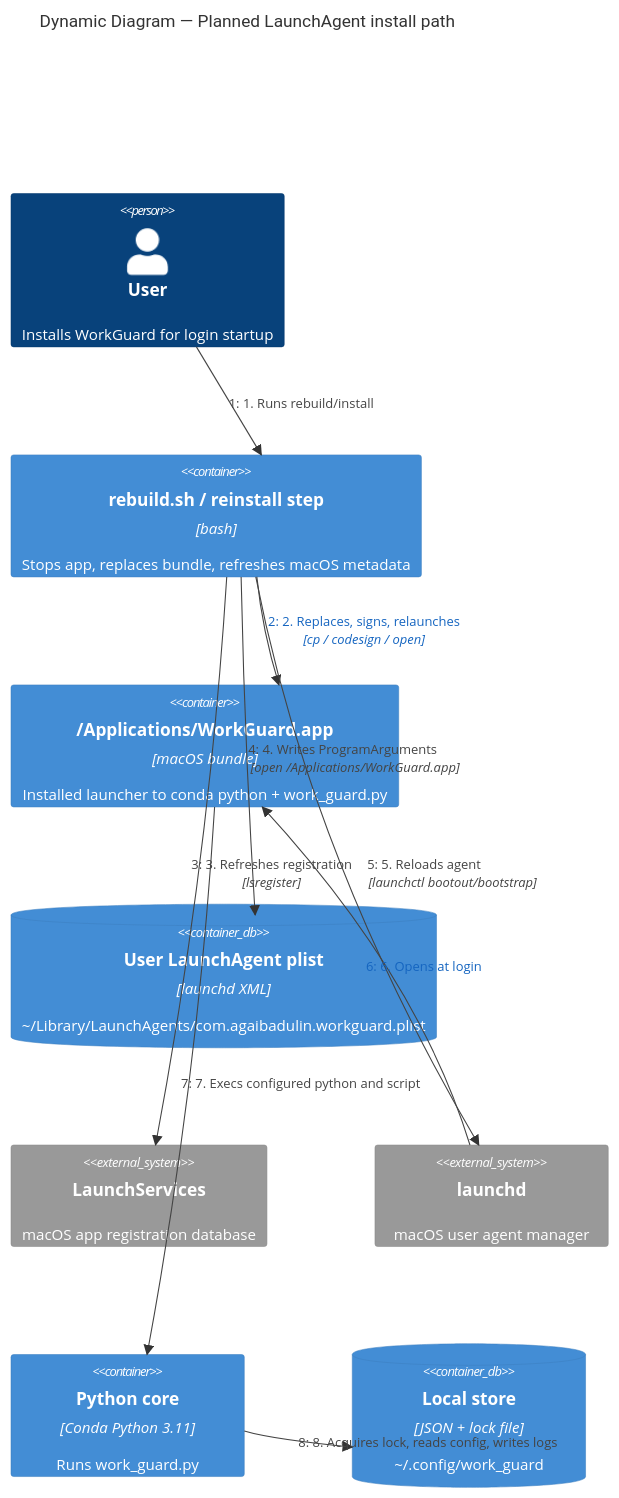
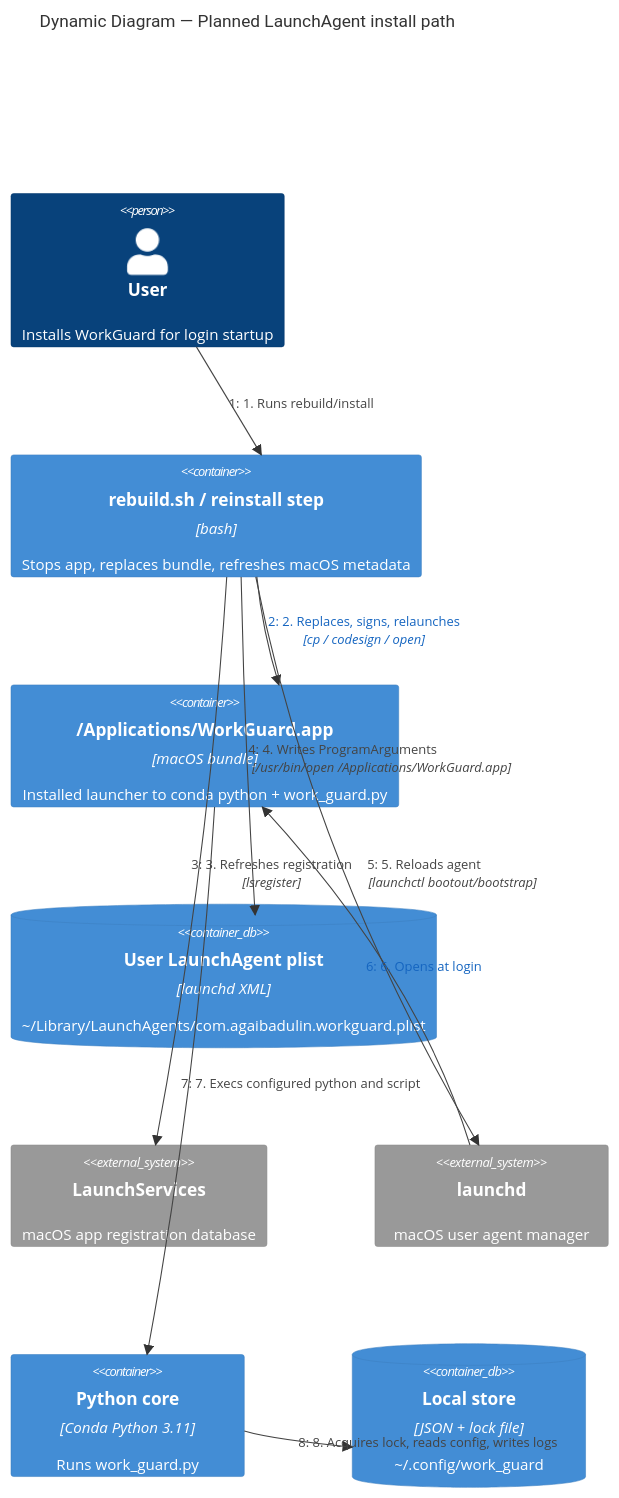
One commit to funkykesha/vibe changed the diagram in work_guard/docs/architecture/c4-dynamic-launchagent-install.md. Above: the diagram before and after it, drawn with Mermaid. The commit also changed other lines of this file and 81 other files, not shown here.

Commit message:
feat(work_guard): add applications rebuild and launchagent flow

````diff
--- a/work_guard/docs/architecture/c4-dynamic-launchagent-install.md
+++ b/work_guard/docs/architecture/c4-dynamic-launchagent-install.md
@@ -9,25 +9,25 @@
 ```mermaid
 C4Dynamic
   title Dynamic Diagram — Planned LaunchAgent install path
 
   Person(user, "User", "Installs WorkGuard for login startup")
   Container(setup, "rebuild.sh / reinstall step", "bash", "Stops app, replaces bundle, refreshes macOS metadata")
   Container(app, "/Applications/WorkGuard.app", "macOS bundle", "Installed launcher to conda python + work_guard.py")
   ContainerDb(plist, "User LaunchAgent plist", "launchd XML", "~/Library/LaunchAgents/com.agaibadulin.workguard.plist")
   System_Ext(ls, "LaunchServices", "macOS app registration database")
   System_Ext(launchd, "launchd", "macOS user agent manager")
   Container(py, "Python core", "Conda Python 3.11", "Runs work_guard.py")
   ContainerDb(store, "Local store", "JSON + lock file", "~/.config/work_guard")
 
   Rel(user, setup, "1. Runs rebuild/install")
   Rel(setup, app, "2. Replaces, signs, relaunches", "cp / codesign / open")
   Rel(setup, ls, "3. Refreshes registration", "lsregister")
-  Rel(setup, plist, "4. Writes ProgramArguments", "open /Applications/WorkGuard.app")
+  Rel(setup, plist, "4. Writes ProgramArguments", "/usr/bin/open /Applications/WorkGuard.app")
   Rel(setup, launchd, "5. Reloads agent", "launchctl bootout/bootstrap")
   Rel(launchd, app, "6. Opens at login")
   Rel(app, py, "7. Execs configured python and script")
   Rel(py, store, "8. Acquires lock, reads config, writes logs")
 
   UpdateRelStyle(setup, app, $textColor="#1565c0", $offsetY="-12")
   UpdateRelStyle(launchd, app, $textColor="#1565c0", $offsetY="-12")
 ```
````
